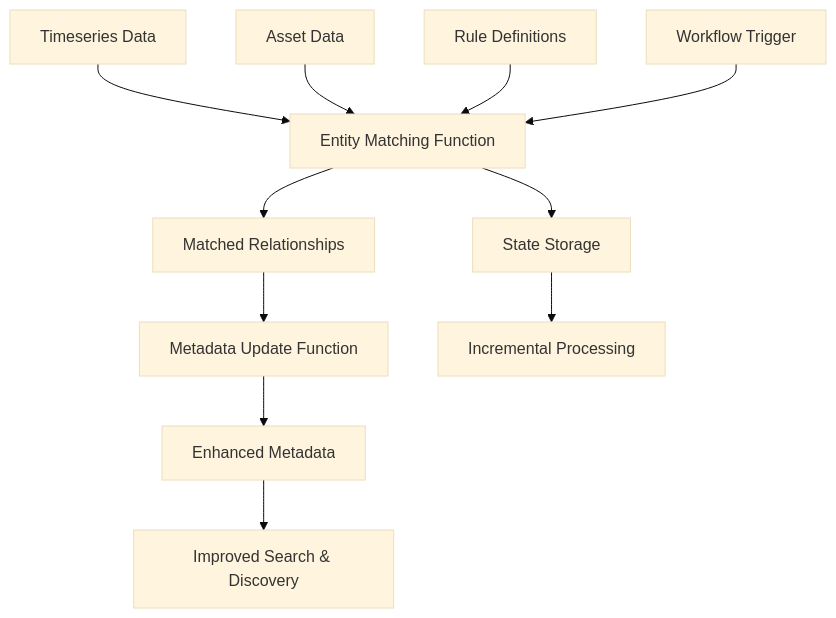
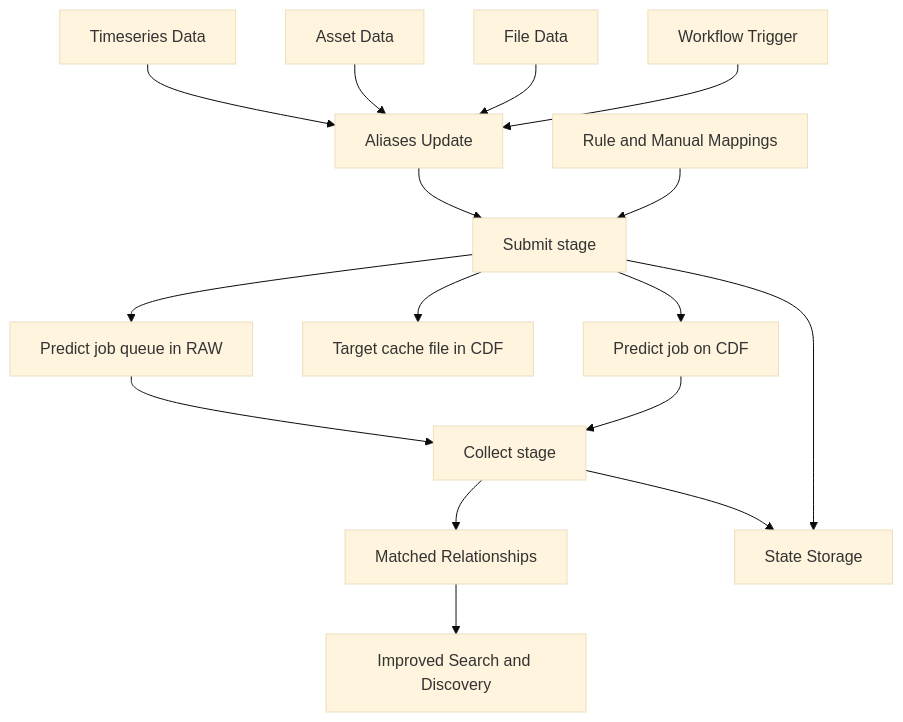
One commit to cognitedata/library changed the diagram in modules/contextualization/cdf_entity_matching/README.md. Above: the diagram before and after it, drawn with Mermaid (base theme). The commit also changed other lines of this file and 100 other files, not shown here.

First line of the commit message:
feat(entity-matching): split submit/collect and cache target reads (#417)

````diff
--- a/modules/contextualization/cdf_entity_matching/README.md
+++ b/modules/contextualization/cdf_entity_matching/README.md
@@ -409,14 +513,19 @@
 ```mermaid
 graph TD
-    A[Timeseries Data] --> B[Entity Matching Function]
-    C[Asset Data] --> B
-    D[Rule Definitions] --> B
-    B --> E[Matched Relationships]
-    E --> F[Metadata Update Function]
-    F --> G[Enhanced Metadata]
-    G --> H[Improved Search & Discovery]
-    
-    I[Workflow Trigger] --> B
-    B --> J[State Storage]
-    J --> K[Incremental Processing]
+    A[Timeseries Data] --> AU[Aliases Update]
+    C[Asset Data] --> AU
+    Files[File Data] --> AU
+    AU --> S[Submit stage]
+    D[Rule and Manual Mappings] --> S
+    S --> Q[Predict job queue in RAW]
+    S --> F[Target cache file in CDF]
+    S --> P[Predict job on CDF]
+    P --> L[Collect stage]
+    Q --> L
+    L --> E[Matched Relationships]
+    E --> H[Improved Search and Discovery]
+
+    I[Workflow Trigger] --> AU
+    S --> J[State Storage]
+    L --> J
 ```
````
